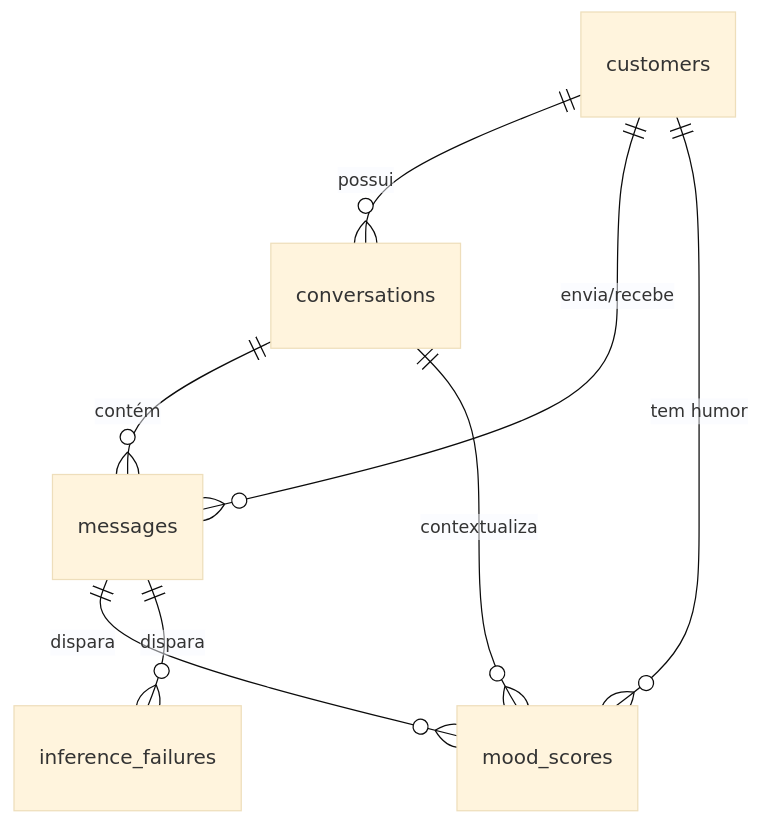
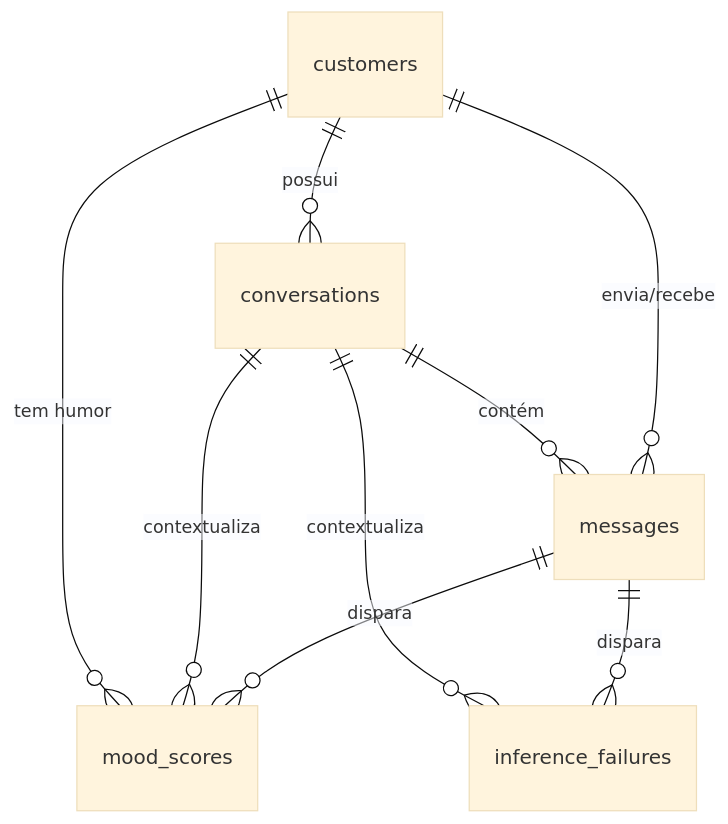
One commit to vcnt1/pln-clustering changed the diagram in data-structure/data-model.md. Above: the diagram before and after it, drawn with Mermaid (base theme). The commit also changed other lines of this file, not shown here.

````diff
--- a/data-structure/data-model.md
+++ b/data-structure/data-model.md
@@ -133,10 +197,11 @@
 ```mermaid
 erDiagram
     customers ||--o{ conversations : "possui"
     customers ||--o{ messages : "envia/recebe"
     conversations ||--o{ messages : "contém"
     messages ||--o{ mood_scores : "dispara"
     messages ||--o{ inference_failures : "dispara"
     conversations ||--o{ mood_scores : "contextualiza"
+    conversations ||--o{ inference_failures : "contextualiza"
     customers ||--o{ mood_scores : "tem humor"
 ```
````
